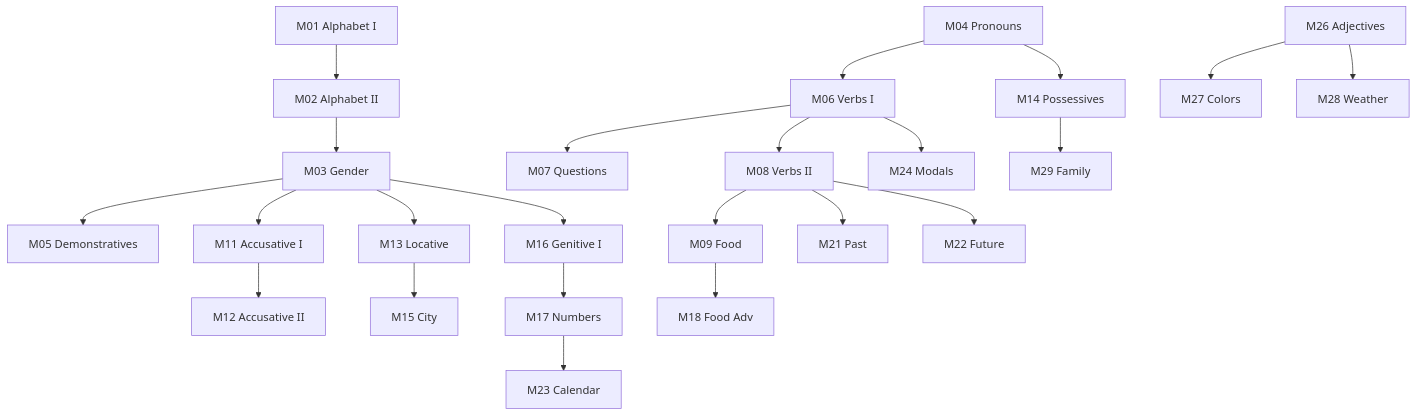
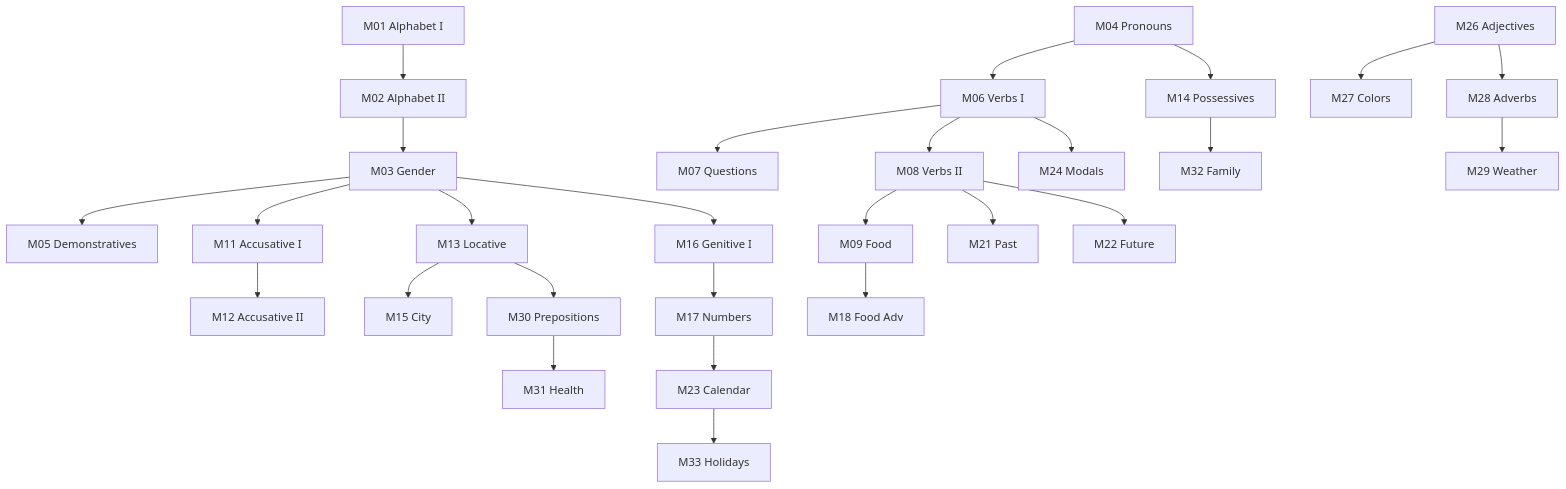
One commit to learn-ukrainian/learn-ukrainian.github.io changed the diagram in docs/l2-uk-en/A1-CURRICULUM-PLAN.md. Above: the diagram before and after it, drawn with Mermaid. The commit also changed other lines of this file and 1022 other files, not shown here.

````diff
--- a/docs/l2-uk-en/A1-CURRICULUM-PLAN.md
+++ b/docs/l2-uk-en/A1-CURRICULUM-PLAN.md
@@ -1043,33 +1134,37 @@
 ```mermaid
 graph TD
     %% Phase A1.1
     M01[M01 Alphabet I] --> M02[M02 Alphabet II]
     M02 --> M03[M03 Gender]
     M03 --> M05[M05 Demonstratives]
     M03 --> M11[M11 Accusative I]
     M03 --> M13[M13 Locative]
     M03 --> M16[M16 Genitive I]
 
     M04[M04 Pronouns] --> M06[M06 Verbs I]
     M04 --> M14[M14 Possessives]
     
     M06 --> M07[M07 Questions]
     M06 --> M08[M08 Verbs II]
     M06 --> M24[M24 Modals]
 
     M08 --> M09[M09 Food]
     M08 --> M21[M21 Past]
     M08 --> M22[M22 Future]
 
     %% Phase A1.2
     M09 --> M18[M18 Food Adv]
     M11 --> M12[M12 Accusative II]
     M13 --> M15[M15 City]
     M16 --> M17[M17 Numbers]
     M17 --> M23[M23 Calendar]
 
     %% Phase A1.3
-    M14 --> M29[M29 Family]
+    M14 --> M32[M32 Family]
     M26[M26 Adjectives] --> M27[M27 Colors]
-    M26 --> M28[M28 Weather]
+    M26 --> M28[M28 Adverbs] 
+    M28 --> M29[M29 Weather]
+    M13 --> M30[M30 Prepositions]
+    M30 --> M31[M31 Health]
+    M23 --> M33[M33 Holidays]
 ```
````
